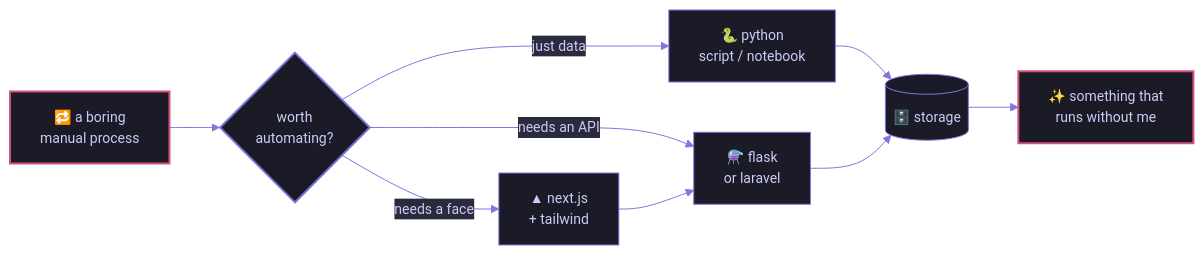
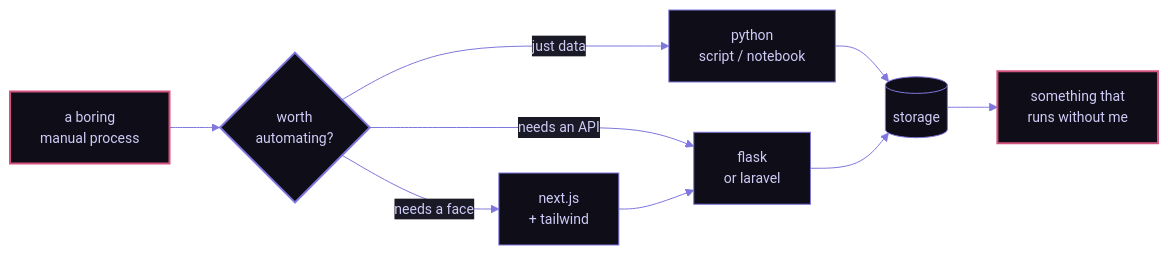
One commit to EsmeAbha/esmeabha changed the diagram in README.md. Above: the diagram before and after it, drawn with Mermaid. The commit also changed other lines of this file, not shown here.

````diff
--- a/README.md
+++ b/README.md
@@ -38,19 +53,19 @@
 ```mermaid
 %%{init: {'theme':'base','themeVariables':{
-  'primaryColor':'#1a1b26','primaryTextColor':'#CECBF6','primaryBorderColor':'#7F77DD',
-  'lineColor':'#7F77DD','secondaryColor':'#2a2b3d','tertiaryColor':'#1a1b26',
-  'fontFamily':'Fira Code, ui-monospace, monospace','fontSize':'14px'}}}%%
+  'primaryColor':'#0f0e18','primaryTextColor':'#CECBF6','primaryBorderColor':'#7F77DD',
+  'lineColor':'#7F77DD','secondaryColor':'#1a1926','tertiaryColor':'#0f0e18',
+  'fontFamily':'ui-monospace, SFMono-Regular, Menlo, monospace','fontSize':'14px'}}}%%
 flowchart LR
-    A["🔁 a boring<br/>manual process"] --> B{worth<br/>automating?}
-    B -->|"just data"| C["🐍 python<br/>script / notebook"]
-    B -->|"needs an API"| D["⚗️ flask<br/>or laravel"]
-    B -->|"needs a face"| E["▲ next.js<br/>+ tailwind"]
-    C --> F[("🗄️ storage")]
+    A["a boring<br/>manual process"] --> B{worth<br/>automating?}
+    B -->|"just data"| C["python<br/>script / notebook"]
+    B -->|"needs an API"| D["flask<br/>or laravel"]
+    B -->|"needs a face"| E["next.js<br/>+ tailwind"]
+    C --> F[("storage")]
     D --> F
     E --> D
-    F --> G["✨ something that<br/>runs without me"]
+    F --> G["something that<br/>runs without me"]
 
     style A stroke:#D4537E,stroke-width:2px
     style G stroke:#D4537E,stroke-width:2px
     style B stroke:#7F77DD,stroke-width:2px
 ```
````
